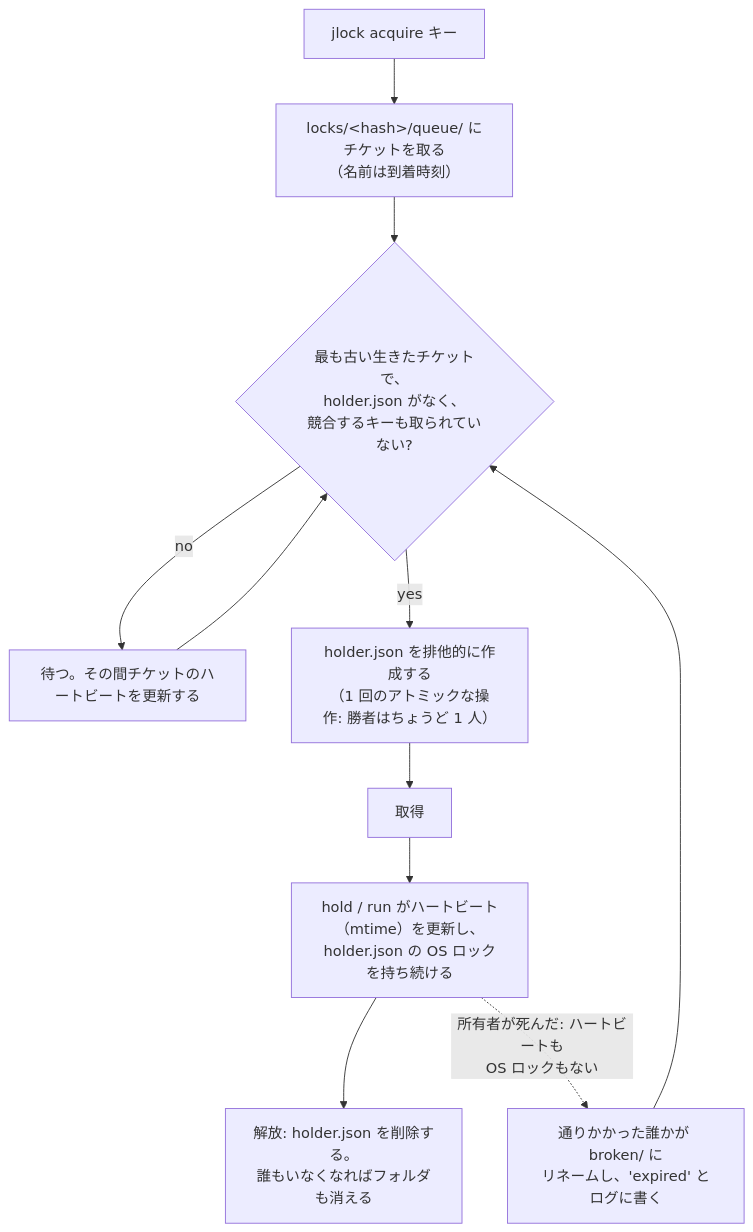
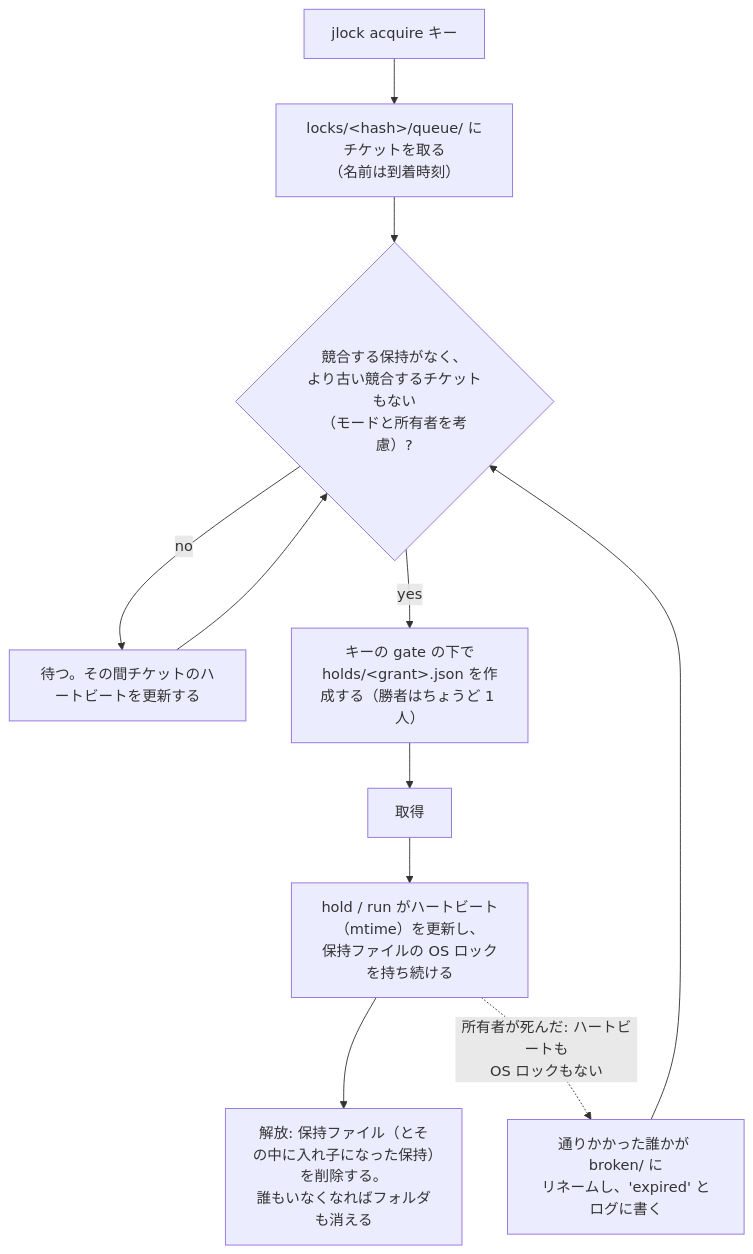
One commit to rodrigojager/jlock changed the diagram in README.ja.md. Above: the diagram before and after it, drawn with Mermaid. The commit also changed other lines of this file and 10 other files, not shown here.

````diff
--- a/README.ja.md
+++ b/README.ja.md
@@ -182,12 +211,12 @@
 ```mermaid
 flowchart TD
     A["jlock acquire キー"] --> B["locks/&lt;hash&gt;/queue/ にチケットを取る<br/>（名前は到着時刻）"]
-    B --> C{"最も古い生きたチケットで、<br/>holder.json がなく、<br/>競合するキーも取られていない?"}
+    B --> C{"競合する保持がなく、<br/>より古い競合するチケットもない<br/>（モードと所有者を考慮）?"}
     C -- no --> W["待つ。その間チケットのハートビートを更新する"] --> C
-    C -- yes --> D["holder.json を排他的に作成する<br/>（1 回のアトミックな操作: 勝者はちょうど 1 人）"]
+    C -- yes --> D["キーの gate の下で<br/>holds/&lt;grant&gt;.json を作成する（勝者はちょうど 1 人）"]
     D --> E["取得"]
-    E --> H["hold / run がハートビート（mtime）を更新し、<br/>holder.json の OS ロックを持ち続ける"]
-    H --> R["解放: holder.json を削除する。<br/>誰もいなくなればフォルダも消える"]
+    E --> H["hold / run がハートビート（mtime）を更新し、<br/>保持ファイルの OS ロックを持ち続ける"]
+    H --> R["解放: 保持ファイル（とその中に入れ子になった保持）を削除する。<br/>誰もいなくなればフォルダも消える"]
     H -. "所有者が死んだ: ハートビートも<br/>OS ロックもない" .-> X["通りかかった誰かが broken/ に<br/>リネームし、'expired' とログに書く"]
     X --> C
 ```
````
